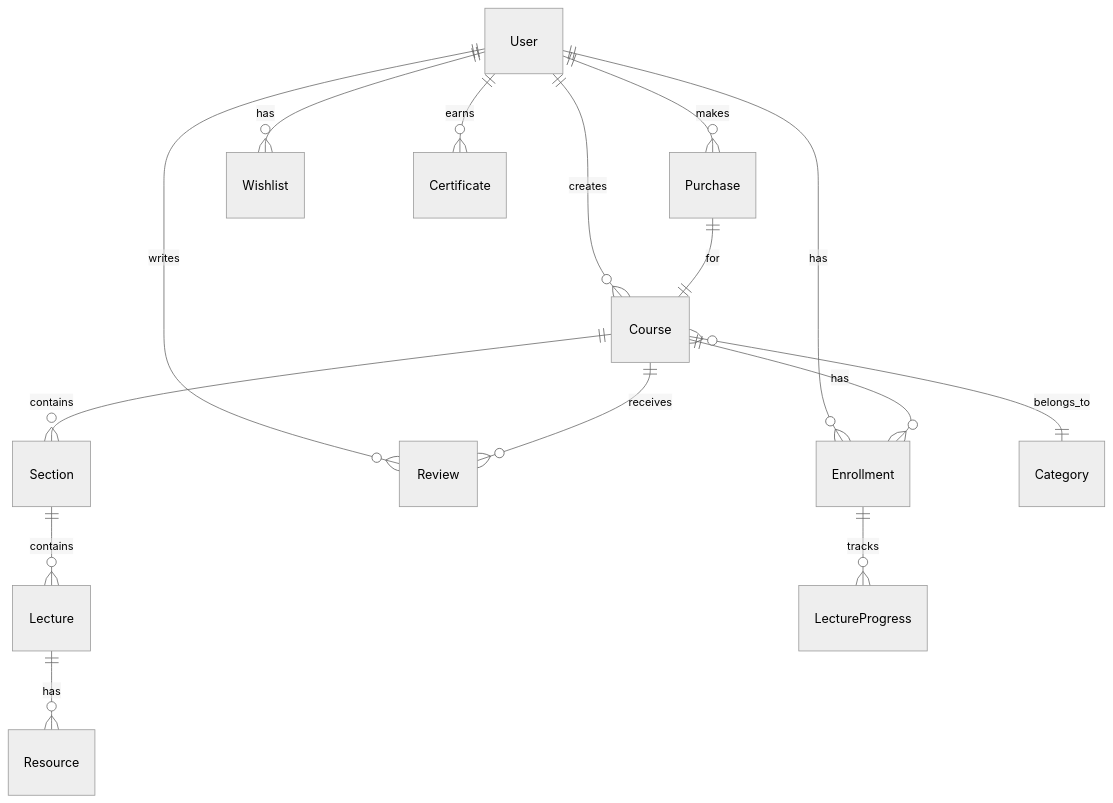
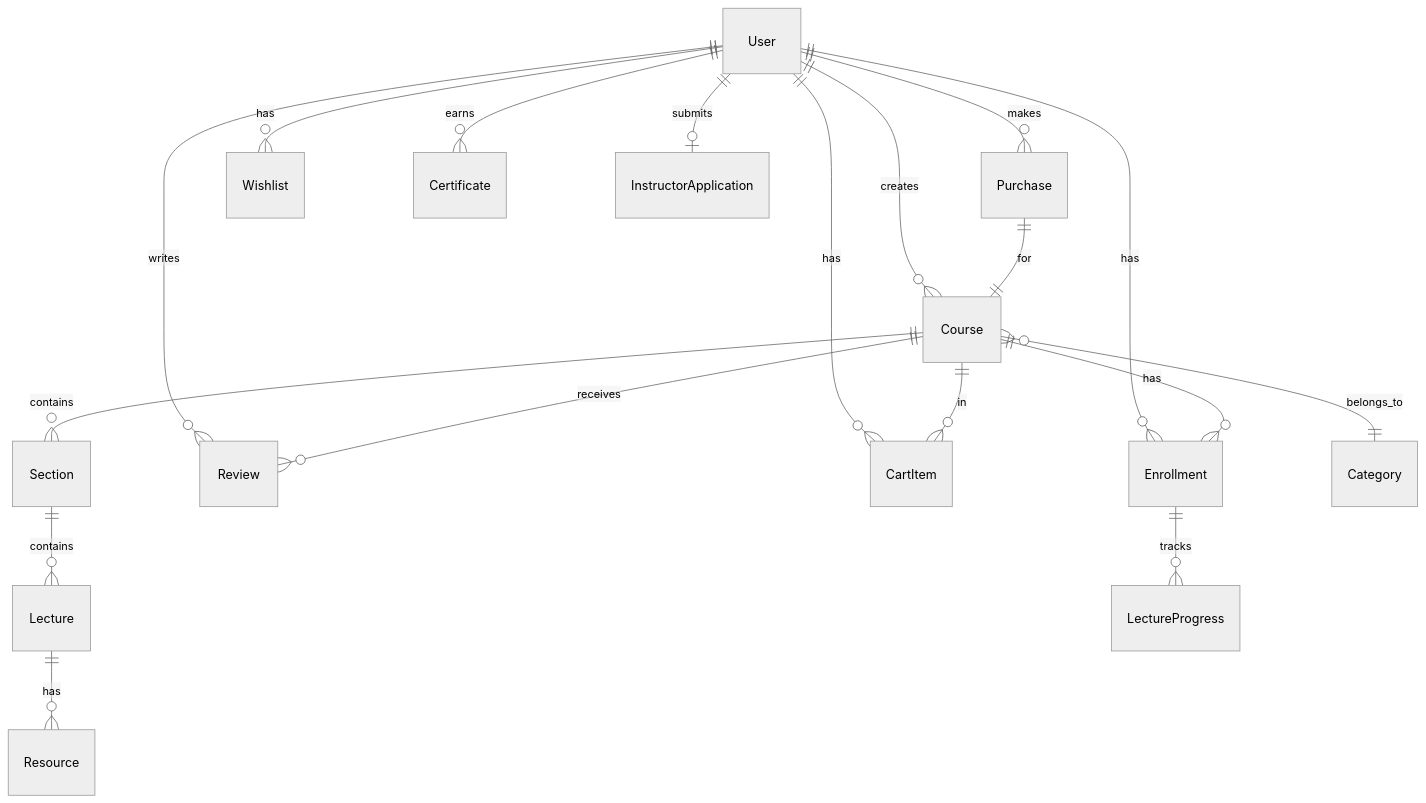
One commit to alfredang/learnify-childcare changed the diagram in README.md. Above: the diagram before and after it, drawn with Mermaid (neutral theme). The commit also changed other lines of this file, not shown here.

````diff
--- a/README.md
+++ b/README.md
@@ -231,17 +259,20 @@
 ```mermaid
 erDiagram
     User ||--o{ Course : creates
     User ||--o{ Enrollment : has
     User ||--o{ Review : writes
     User ||--o{ Purchase : makes
     User ||--o{ Wishlist : has
+    User ||--o{ CartItem : has
     User ||--o{ Certificate : earns
+    User ||--o| InstructorApplication : submits
     Course ||--o{ Section : contains
     Section ||--o{ Lecture : contains
     Lecture ||--o{ Resource : has
     Course ||--o{ Enrollment : has
     Course ||--o{ Review : receives
+    Course ||--o{ CartItem : in
     Course }o--|| Category : belongs_to
     Enrollment ||--o{ LectureProgress : tracks
     Purchase ||--|| Course : for
 ```
````
